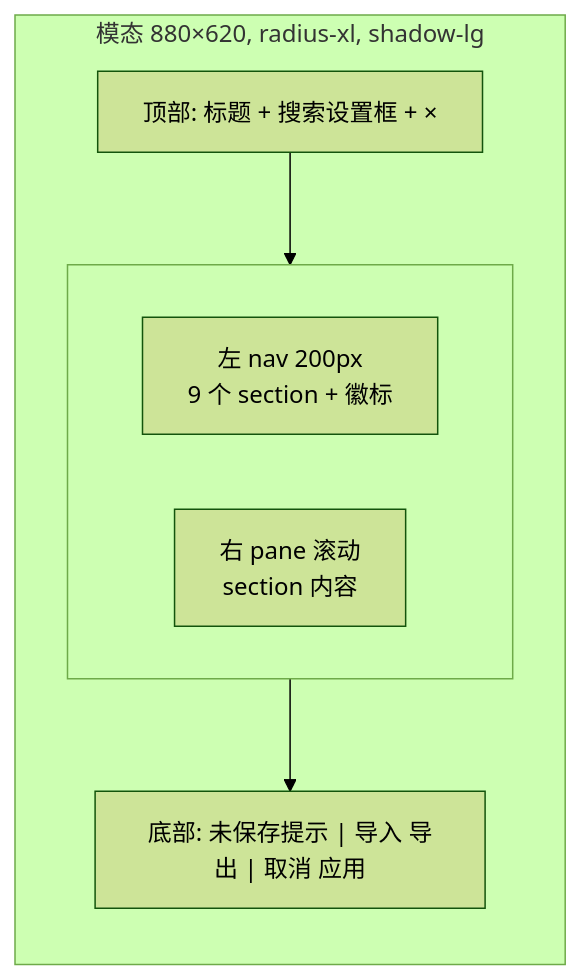
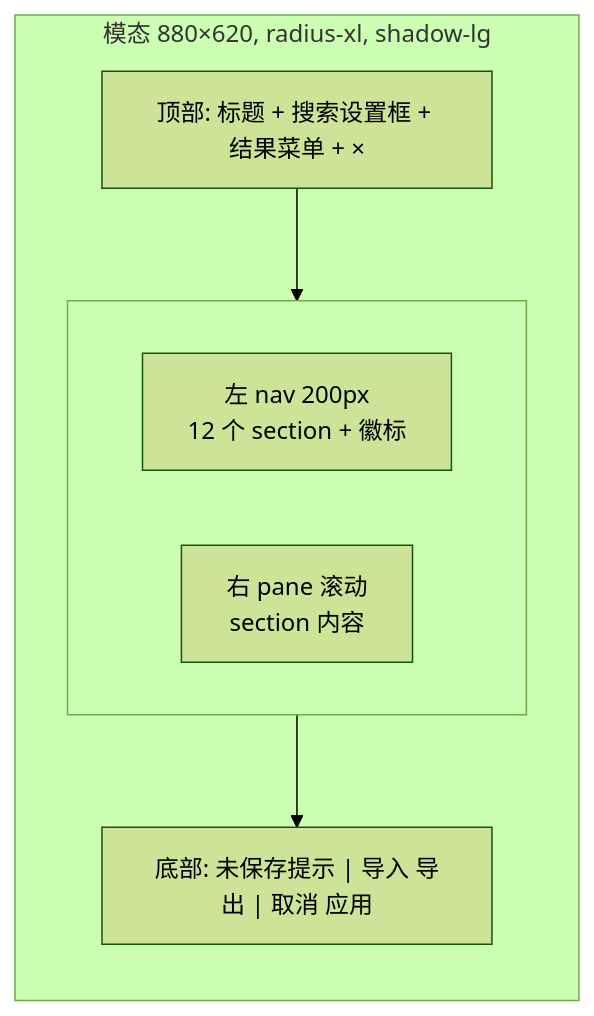
Before and after one commit to jinhuang712/open-novel: the diagram in design/04-settings.md, drawn with Mermaid (forest theme). The commit also changed other lines of this file and 42 other files, not shown here.

````diff
--- a/design/04-settings.md
+++ b/design/04-settings.md
@@ -7,14 +7,14 @@
 ```mermaid
 flowchart LR
   subgraph DLG["模态 880×620, radius-xl, shadow-lg"]
     direction TB
-    TOP["顶部: 标题 + 搜索设置框 + ×"]
+    TOP["顶部: 标题 + 搜索设置框 + 结果菜单 + ×"]
     subgraph BODY[" "]
       direction LR
-      NAV["左 nav 200px<br/>9 个 section + 徽标"]
+      NAV["左 nav 200px<br/>12 个 section + 徽标"]
       PANE["右 pane 滚动<br/>section 内容"]
     end
     FOOT["底部: 未保存提示 | 导入 导出 | 取消 应用"]
     TOP --> BODY --> FOOT
   end
 ```
````
